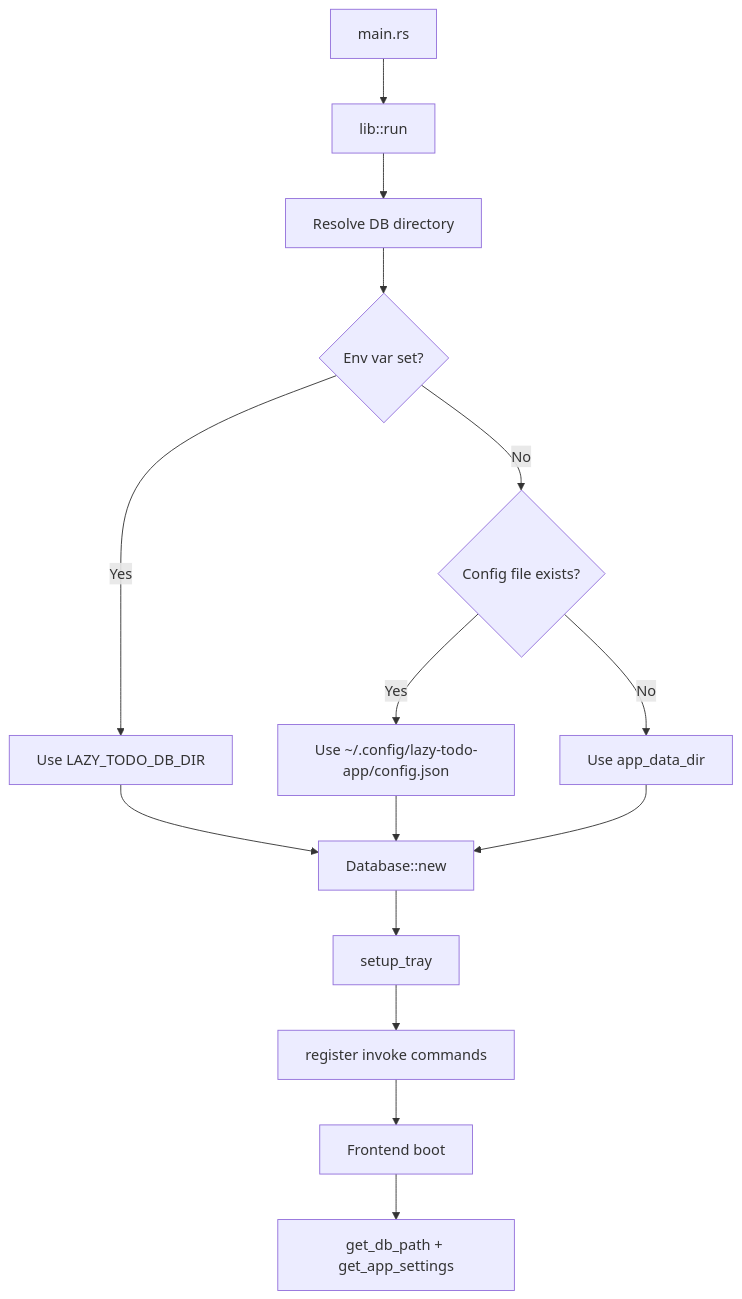
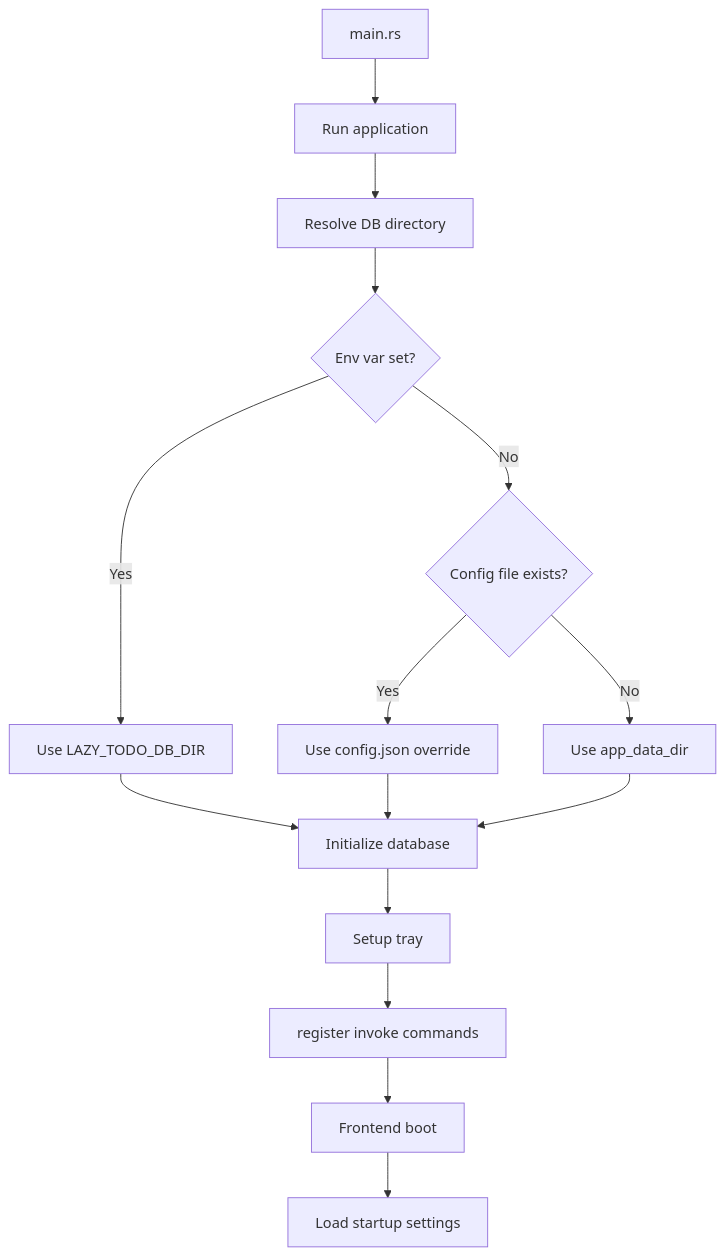
One commit to walterfan/lazy-todo-app changed the sixth of 6 diagrams in doc/03-workflows.md. Above: the diagram before and after it, drawn with Mermaid. The commit also changed other lines of this file and 2 other files, not shown here.

````diff
--- a/doc/03-workflows.md
+++ b/doc/03-workflows.md
@@ -119,17 +119,17 @@
 ```mermaid
 flowchart TD
-    A[main.rs] --> B[lib::run]
-    B --> C[Resolve DB directory]
-    C --> D{Env var set?}
-    D -->|Yes| E[Use LAZY_TODO_DB_DIR]
-    D -->|No| F{Config file exists?}
-    F -->|Yes| G[Use ~/.config/lazy-todo-app/config.json]
-    F -->|No| H[Use app_data_dir]
-    E --> I[Database::new]
+    A["main.rs"] --> B["Run application"]
+    B --> C["Resolve DB directory"]
+    C --> D{"Env var set?"}
+    D -->|Yes| E["Use LAZY_TODO_DB_DIR"]
+    D -->|No| F{"Config file exists?"}
+    F -->|Yes| G["Use config.json override"]
+    F -->|No| H["Use app_data_dir"]
+    E --> I["Initialize database"]
     G --> I
     H --> I
-    I --> J[setup_tray]
-    J --> K[register invoke commands]
-    K --> L[Frontend boot]
-    L --> M[get_db_path + get_app_settings]
+    I --> J["Setup tray"]
+    J --> K["register invoke commands"]
+    K --> L["Frontend boot"]
+    L --> M["Load startup settings"]
 ```
````
